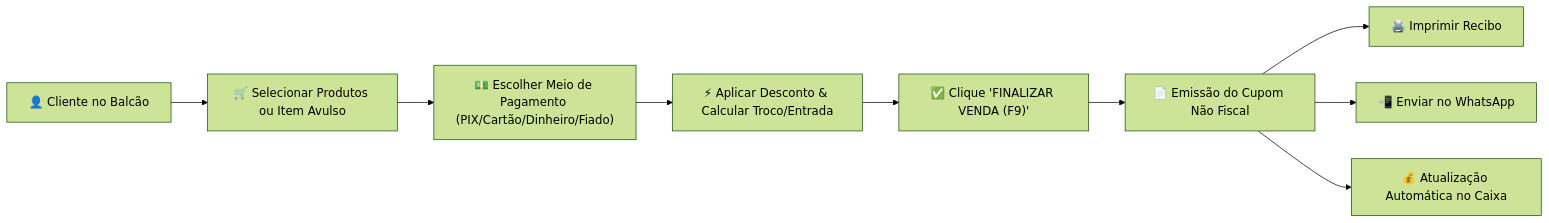
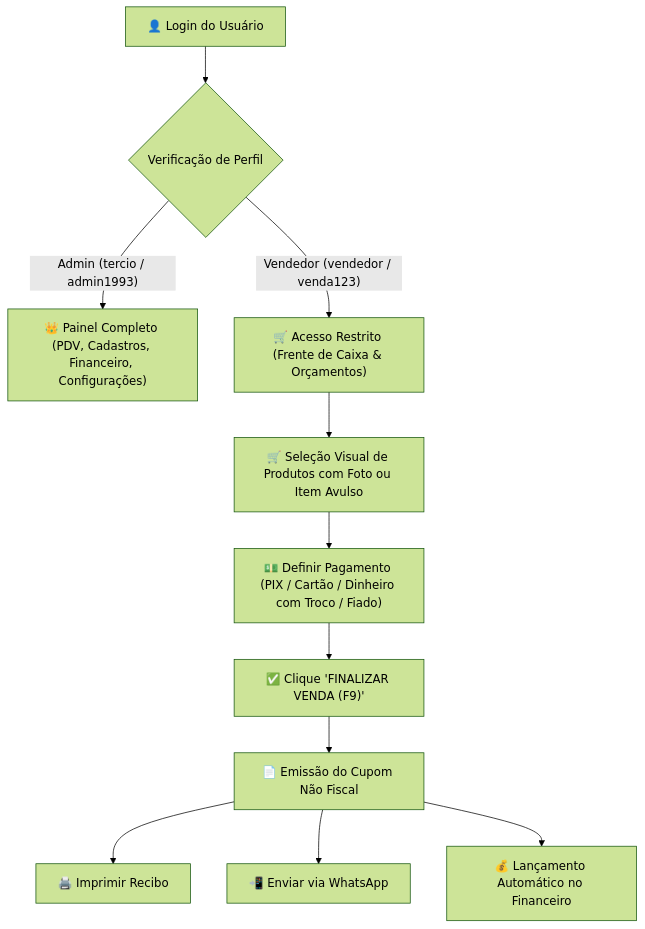
Before and after one commit to HelpUSA/publicarte: the diagram in docs/01_RELATORIO_IMPLEMENTACAO.md, drawn with Mermaid (forest theme). The commit also changed other lines of this file and 8 other files, not shown here.

Commit message:
feat: Implement full unified registrations, multi-role access (Admin/Vendedor), product photos in PDV, company settings, updated docs and manual PDF

````diff
--- a/docs/01_RELATORIO_IMPLEMENTACAO.md
+++ b/docs/01_RELATORIO_IMPLEMENTACAO.md
@@ -46,11 +51,14 @@
 ```mermaid
-flowchart LR
-    A["👤 Cliente no Balcão"] --> B["🛒 Selecionar Produtos ou Item Avulso"]
-    B --> C["💵 Escolher Meio de Pagamento (PIX/Cartão/Dinheiro/Fiado)"]
-    C --> D["⚡ Aplicar Desconto & Calcular Troco/Entrada"]
-    D --> E["✅ Clique 'FINALIZAR VENDA (F9)'"]
-    E --> F["📄 Emissão do Cupom Não Fiscal"]
-    F --> G1["🖨️ Imprimir Recibo"]
-    F --> G2["📲 Enviar no WhatsApp"]
-    F --> H["💰 Atualização Automática no Caixa"]
+flowchart TD
+    A["👤 Login do Usuário"] --> B{"Verificação de Perfil"}
+    B -- "Admin (tercio / admin1993)" --> C["👑 Painel Completo (PDV, Cadastros, Financeiro, Configurações)"]
+    B -- "Vendedor (vendedor / venda123)" --> D["🛒 Acesso Restrito (Frente de Caixa & Orçamentos)"]
+    
+    D --> E["🛒 Seleção Visual de Produtos com Foto ou Item Avulso"]
+    E --> F["💵 Definir Pagamento (PIX / Cartão / Dinheiro com Troco / Fiado)"]
+    F --> G["✅ Clique 'FINALIZAR VENDA (F9)'"]
+    G --> H["📄 Emissão do Cupom Não Fiscal"]
+    H --> I1["🖨️ Imprimir Recibo"]
+    H --> I2["📲 Enviar via WhatsApp"]
+    H --> J["💰 Lançamento Automático no Financeiro"]
 ```
````
